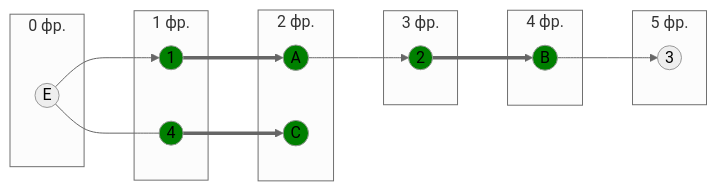
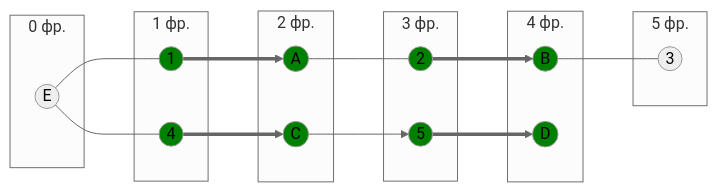
Diagram 13 of 16 in Задание 8/syndicate.md (algos-ris-24-3/manual-tasks), drawn with Mermaid (neutral theme) before and after one commit. The commit also changed other lines of this file, not shown here.

````diff
--- a/Задание 8/syndicate.md
+++ b/Задание 8/syndicate.md
@@ -493,34 +528,38 @@
 ```mermaid
 graph LR
     subgraph " 0 фр."
         E((E))
     end
     subgraph " 1 фр."
         1((1))
         4((4))
     end
     subgraph " 2 фр."
         A((A))
         C((C))
         
     end
     subgraph " 3 фр."
         2((2))
+        5((5))
     end
     subgraph " 4 фр."
         B((B))
+        D((D))
     end
-    subgraph " 5 фр."
+       subgraph " 5 фр."
         3((3))
     end
     
-    E --> 1 ==> A --> 2 ==> B --> 3
-    E --- 4 ==> C
+    E --- 1 ==> A --- 2 ==> B --- 3
+    E --- 4 ==> C --> 5 ==> D
     
     style A fill:#008000
     style B fill:#008000
     style C fill:#008000
+    style D fill:#008000
     style 1 fill:#008000
     style 2 fill:#008000
     style 4 fill:#008000
+    style 5 fill:#008000
 ```
````
